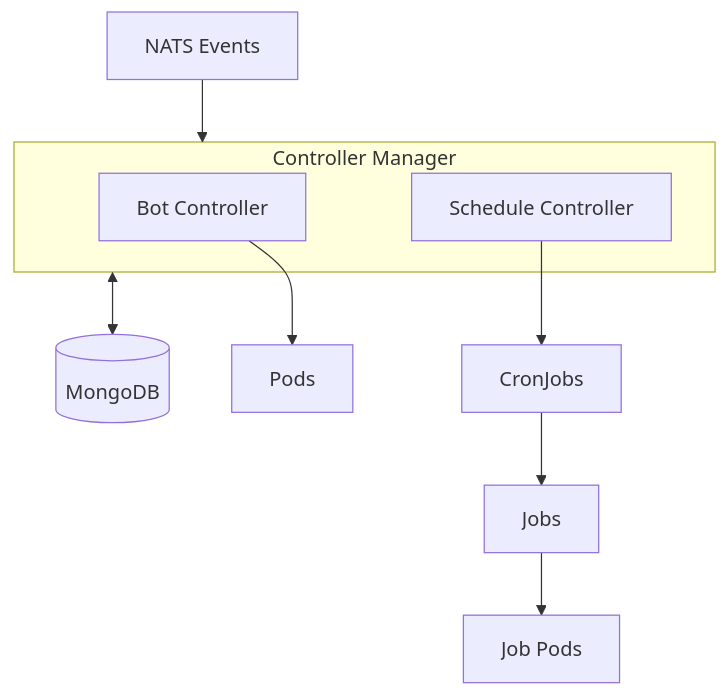
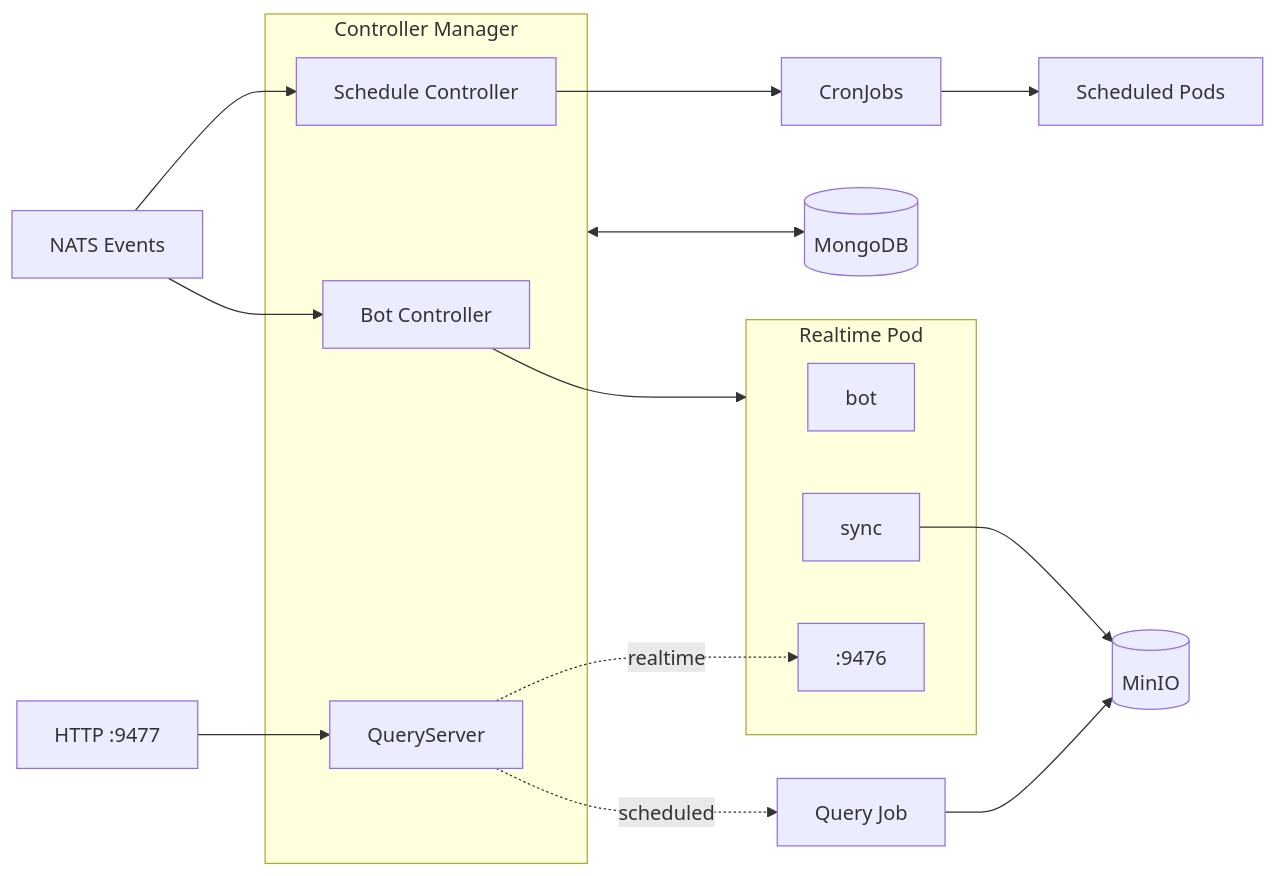
Before and after one commit to alexanderwanyoike/the0: the first of 3 diagrams in runtime/internal/k8s/README.md, drawn with Mermaid. The commit also changed other lines of this file and 2 other files, not shown here.

First line of the commit message:
docs: Update runtime documentation with query system and architecture

````diff
--- a/runtime/internal/k8s/README.md
+++ b/runtime/internal/k8s/README.md
@@ -11,16 +11,26 @@
 ```mermaid
-flowchart TB
-    NATS["NATS Events"] --> Manager
+flowchart LR
+    NATS["NATS Events"] --> BC & SC
+    HTTP["HTTP :9477"] --> QS
 
     subgraph Manager["Controller Manager"]
         BC["Bot Controller"]
         SC["Schedule Controller"]
+        QS["QueryServer"]
     end
 
     Manager <--> MongoDB[(MongoDB)]
 
-    BC --> Pods["Pods"]
+    subgraph RealtimePod["Realtime Pod"]
+        BotC["bot"]
+        SyncC["sync"]
+        QueryC[":9476"]
+    end
+
+    BC --> RealtimePod
     SC --> CronJobs["CronJobs"]
-    CronJobs --> Jobs["Jobs"]
-    Jobs --> JobPods["Job Pods"]
+    CronJobs --> ScheduledPods["Scheduled Pods"]
+    SyncC --> MinIO[(MinIO)]
+    QS -.->|realtime| QueryC
+    QS -.->|scheduled| QueryJob["Query Job"] --> MinIO
 ```
````
